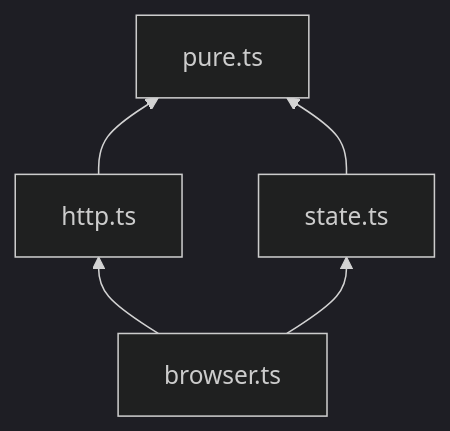
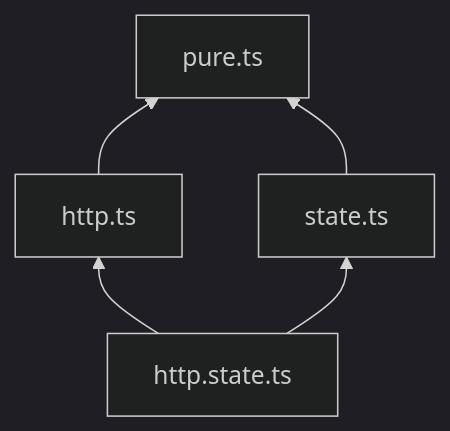
Before and after one commit to muniworth/purity-seal: the first of 4 diagrams in README.md, drawn with Mermaid (dark theme). The commit also changed other lines of this file and 12 other files, not shown here.

````diff
--- a/README.md
+++ b/README.md
@@ -10,7 +10,7 @@
 ```mermaid
 graph BT;
 	http.ts --> pure.ts
 	state.ts --> pure.ts
-	browser.ts --> state.ts
-	browser.ts --> http.ts
+	http.state.ts --> state.ts
+	http.state.ts --> http.ts
 ```
````
